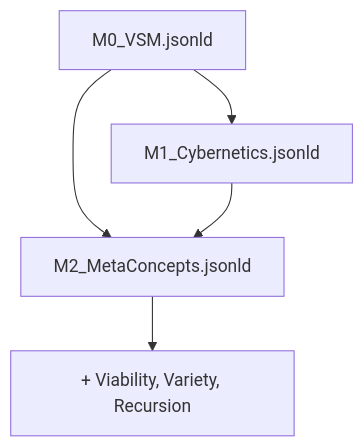
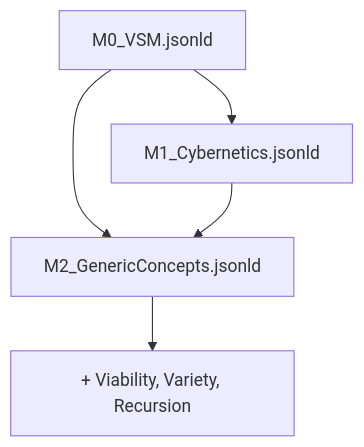
One commit to Echopraxium/tscg changed the diagram in ontology/docs/M0_VSM_Prerequisites_Analysis.md. Above: the diagram before and after it, drawn with Mermaid. The commit also changed other lines of this file and 212 other files, not shown here.

````diff
--- a/ontology/docs/M0_VSM_Prerequisites_Analysis.md
+++ b/ontology/docs/M0_VSM_Prerequisites_Analysis.md
@@ -302,7 +302,7 @@
 ```mermaid
 graph TD
     M0_VSM[M0_VSM.jsonld] --> M1_Cyber[M1_Cybernetics.jsonld]
-    M0_VSM --> M2[M2_MetaConcepts.jsonld]
+    M0_VSM --> M2[M2_GenericConcepts.jsonld]
     M1_Cyber --> M2
     M2 --> M2_New[+ Viability, Variety, Recursion]
 ```
````
